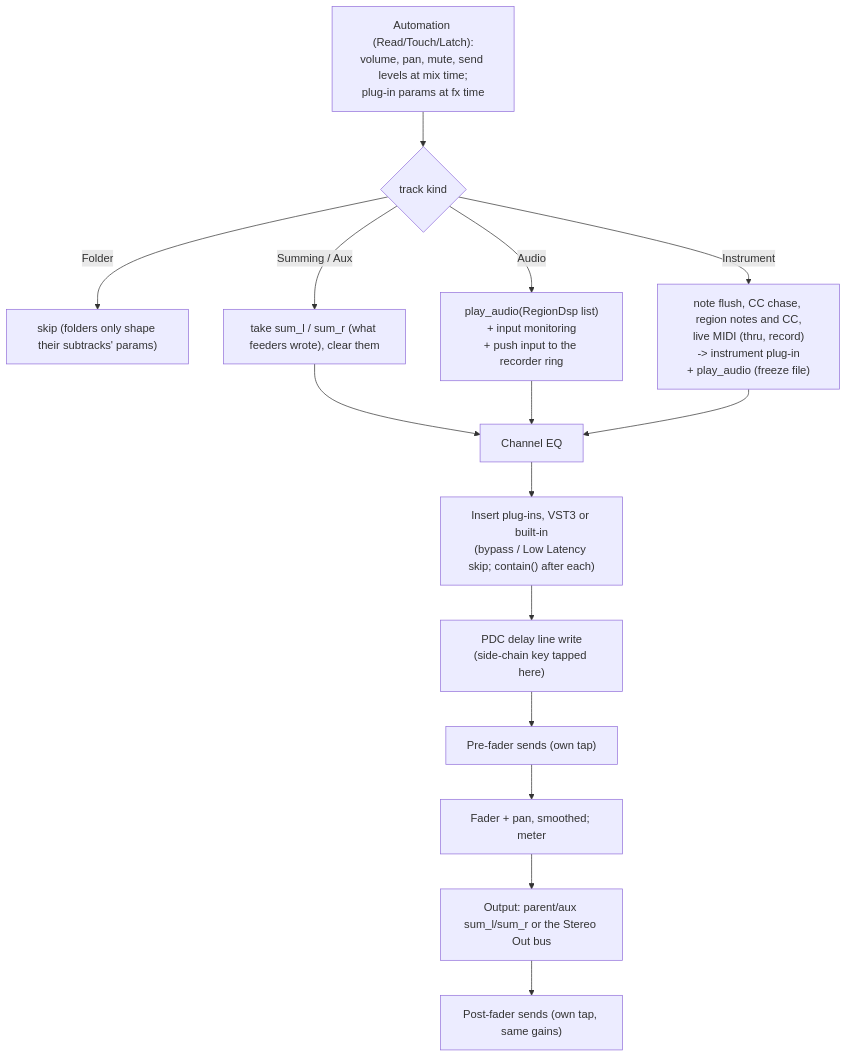
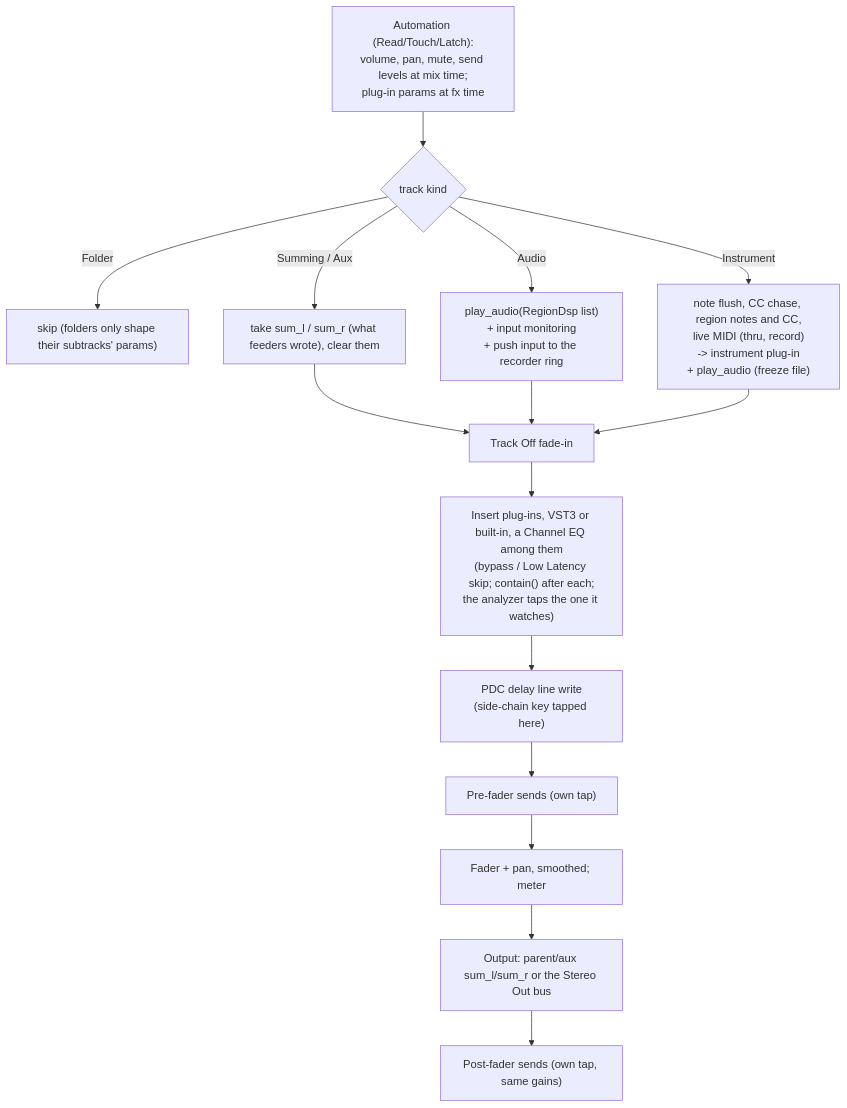
One commit to JackMechem/marbble changed the third of 3 diagrams in docs/ARCHITECTURE.md. Above: the diagram before and after it, drawn with Mermaid. The commit also changed other lines of this file and 71 other files, not shown here.

````diff
--- a/docs/ARCHITECTURE.md
+++ b/docs/ARCHITECTURE.md
@@ -531,18 +531,18 @@
 ```mermaid
 flowchart TD
   A["Automation (Read/Touch/Latch):<br/>volume, pan, mute, send levels at mix time;<br/>plug-in params at fx time"] --> B
   B{"track kind"}
   B -- Folder --> Z["skip (folders only shape their subtracks' params)"]
   B -- "Summing / Aux" --> C["take sum_l / sum_r (what feeders wrote), clear them"]
   B -- Audio --> D["play_audio(RegionDsp list)<br/>+ input monitoring<br/>+ push input to the recorder ring"]
   B -- Instrument --> F["note flush, CC chase, region notes and CC,<br/>live MIDI (thru, record)<br/>-> instrument plug-in<br/>+ play_audio (freeze file)"]
   C --> G
   D --> G
   F --> G
-  G["Channel EQ"] --> H["Insert plug-ins, VST3 or built-in<br/>(bypass / Low Latency skip; contain() after each)"]
+  G["Track Off fade-in"] --> H["Insert plug-ins, VST3 or built-in, a Channel EQ among them<br/>(bypass / Low Latency skip; contain() after each;<br/>the analyzer taps the one it watches)"]
   H --> I["PDC delay line write<br/>(side-chain key tapped here)"]
   I --> J["Pre-fader sends (own tap)"]
   J --> K["Fader + pan, smoothed; meter"]
   K --> L["Output: parent/aux sum_l/sum_r or the Stereo Out bus"]
   L --> M["Post-fader sends (own tap, same gains)"]
 ```
````
